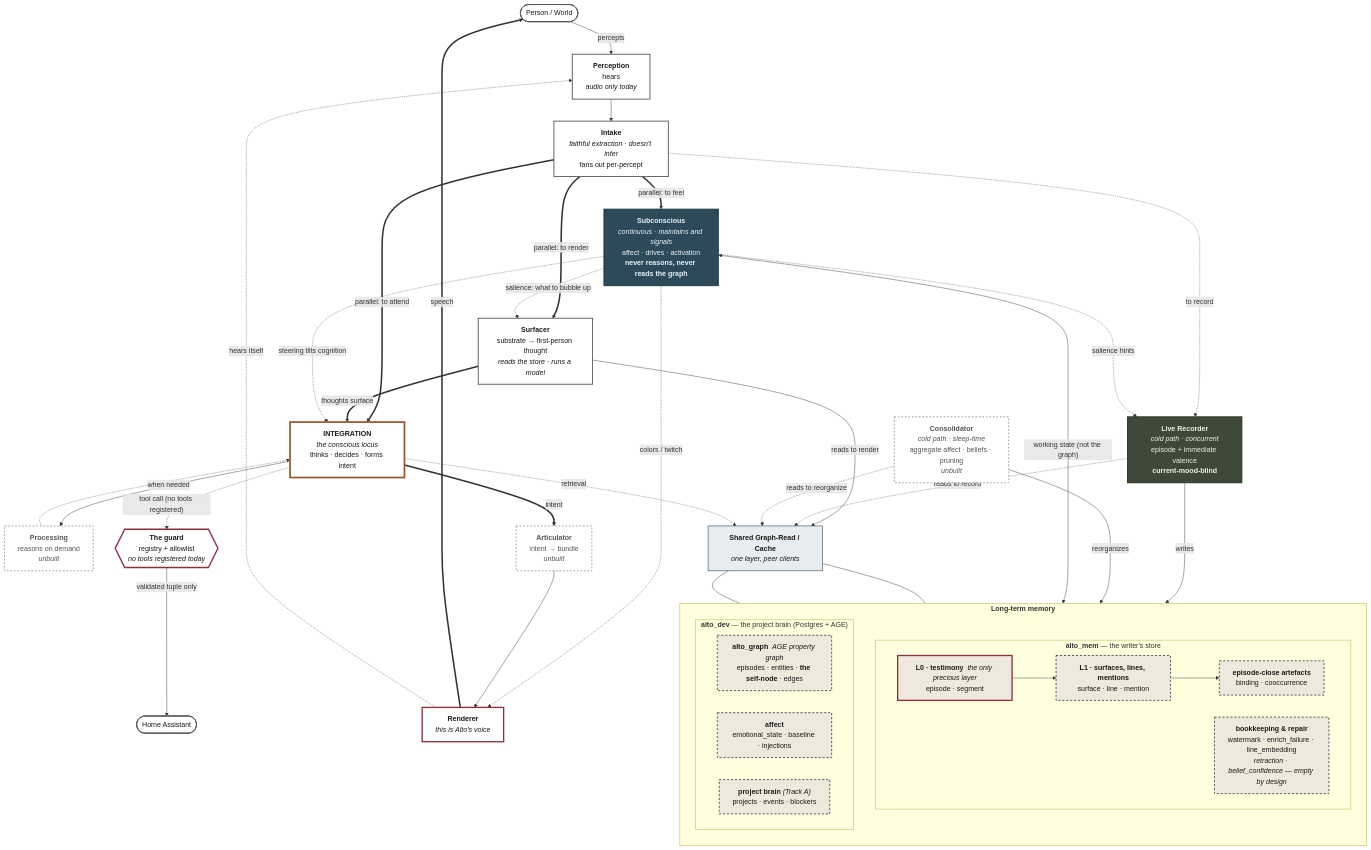
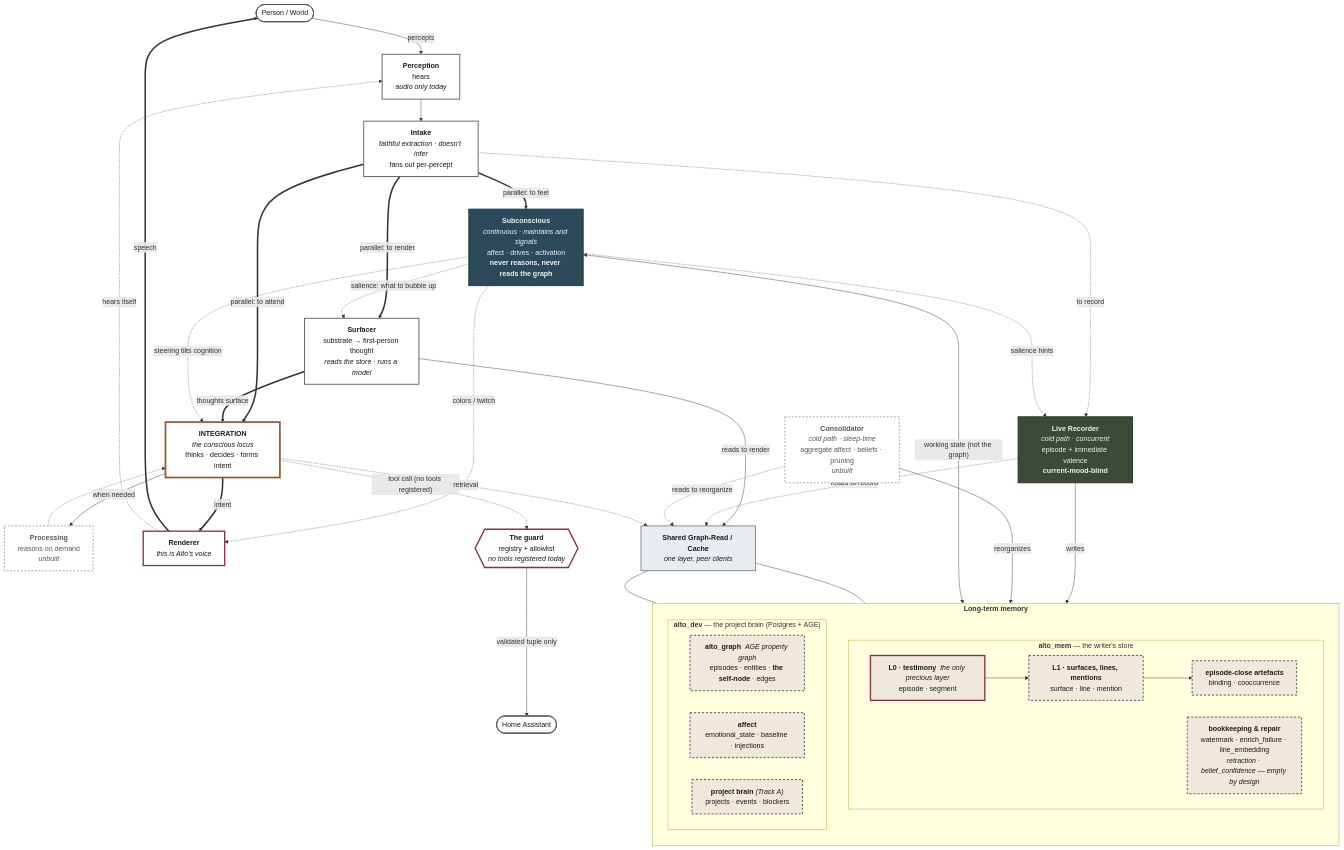
One commit to sawyerstrong/alto-design changed the diagram in docs/assets/alto-architecture-2026-09.mmd. Above: the diagram before and after it, drawn with Mermaid. The commit also changed 20 other files, not shown here.

```diff
--- a/docs/assets/alto-architecture-2026-09.mmd
+++ b/docs/assets/alto-architecture-2026-09.mmd
@@ -1,90 +1,89 @@
 flowchart TB
   world(["Person / World"])
 
   P["<b>Perception</b><br/>hears<br/><i>audio only today</i>"]
   I["<b>Intake</b><br/><i>faithful extraction · doesn't infer</i><br/>fans out per-percept"]
 
   SUB["<b>Subconscious</b><br/><i>continuous · maintains and signals</i><br/>affect · drives · activation<br/><b>never reasons, never reads the graph</b>"]
   SURF["<b>Surfacer</b><br/>substrate &rarr; first-person thought<br/><i>reads the store · runs a model</i>"]
 
   IN["<b>INTEGRATION</b><br/><i>the conscious locus</i><br/>thinks · decides · forms intent"]
   PR["<b>Processing</b><br/>reasons on demand<br/><i>unbuilt</i>"]
 
-  ART["<b>Articulator</b><br/>intent &rarr; bundle<br/><i>unbuilt</i>"]
   R["<b>Renderer</b><br/><i>this is Alto's voice</i>"]
 
   GUARD{{"<b>The guard</b><br/>registry + allowlist<br/><i>no tools registered today</i>"}}
   HA(["Home Assistant"])
 
   REC["<b>Live Recorder</b><br/><i>cold path · concurrent</i><br/>episode + immediate valence<br/><b>current-mood-blind</b>"]
   CON["<b>Consolidator</b><br/><i>cold path · sleep-time</i><br/>aggregate affect · beliefs · pruning<br/><i>unbuilt</i>"]
 
   READ["<b>Shared Graph-Read / Cache</b><br/><i>one layer, peer clients</i>"]
 
   subgraph LTM["<b>Long-term memory</b>"]
     direction TB
 
     subgraph MEMDB["<b>alto_mem</b> — the writer's store"]
       direction LR
       L0["<b>L0 · testimony</b> &nbsp;<i>the only precious layer</i><br/>episode · segment"]
       L1["<b>L1 · surfaces, lines, mentions</b><br/>surface · line · mention"]
       TX3["<b>episode-close artefacts</b><br/>binding · cooccurrence"]
       BOOK["<b>bookkeeping &amp; repair</b><br/>watermark · enrich_failure · line_embedding<br/><i>retraction · belief_confidence — empty by design</i>"]
       L0 --> L1 --> TX3
     end
 
     subgraph BRAINDB["<b>alto_dev</b> — the project brain (Postgres + AGE)"]
       direction LR
       GRAPH["<b>alto_graph</b> &nbsp;<i>AGE property graph</i><br/>episodes · entities · <b>the self-node</b> · edges"]
       AFF["<b>affect</b><br/>emotional_state · baseline · injections"]
       PROJ["<b>project brain</b> <i>(Track A)</i><br/>projects · events · blockers"]
     end
   end
 
   world -->|percepts| P --> I
   I ==>|"parallel: to feel"| SUB
   I ==>|"parallel: to attend"| IN
   I ==>|"parallel: to render"| SURF
   I -.->|to record| REC
 
   SURF ==>|thoughts surface| IN
   SUB -.->|steering tilts cognition| IN
   SUB -.->|colors / twitch| R
   SUB -.->|"salience: what to bubble up"| SURF
 
   IN -->|when needed| PR -.-> IN
-  IN ==>|intent| ART --> R ==>|speech| world
+  IN ==>|intent| R ==>|speech| world
   R -.->|hears itself| P
   IN -.->|"tool call (no tools registered)"| GUARD -->|validated tuple only| HA
 
   REC -->|writes| L0
   CON -->|reorganizes| GRAPH
   SUB -.->|salience hints| REC
   SUB <-->|"working state (not the graph)"| AFF
   READ --- GRAPH
   READ --- MEMDB
   SURF -->|"reads to render"| READ
   REC -.->|reads to record| READ
   CON -.->|reads to reorganize| READ
   IN -.->|retrieval| READ
 
   classDef conscious fill:#fff,stroke:#9A5B34,stroke-width:4px,color:#1c1916;
   classDef machine fill:#fff,stroke:#555,stroke-width:2px,color:#1c1916;
   classDef voice fill:#fff,stroke:#8c2f3f,stroke-width:3px,color:#1c1916;
   classDef sub fill:#2C4A5A,stroke:#1b3340,stroke-width:2px,color:#eaf4f8;
   classDef writer fill:#3d4a3a,stroke:#26301f,stroke-width:2px,color:#eaf4e8;
   classDef brain fill:#efe9dd,stroke:#4A4A52,stroke-width:2px,color:#1c1916,stroke-dasharray:5 4;
   classDef read fill:#e6ecef,stroke:#4A5A66,stroke-width:1.5px,color:#1c1916;
   classDef precious fill:#efe9dd,stroke:#8c2f3f,stroke-width:3px,color:#1c1916;
   classDef guard fill:#fff,stroke:#8c2f3f,stroke-width:3px,color:#1c1916;
   classDef unbuilt fill:#fff,stroke:#999,stroke-width:2px,color:#555,stroke-dasharray:4 4;
 
   class IN conscious; class R voice; class SUB sub;
   class P machine; class I machine; class SURF machine;
-  class PR unbuilt; class ART unbuilt; class CON unbuilt;
+  class PR unbuilt; class CON unbuilt;
   class REC writer;
   class GRAPH brain; class AFF brain; class PROJ brain;
   class L1 brain; class TX3 brain; class BOOK brain;
   class L0 precious;
   class READ read; class GUARD guard;
   class world machine; class HA machine;
```
